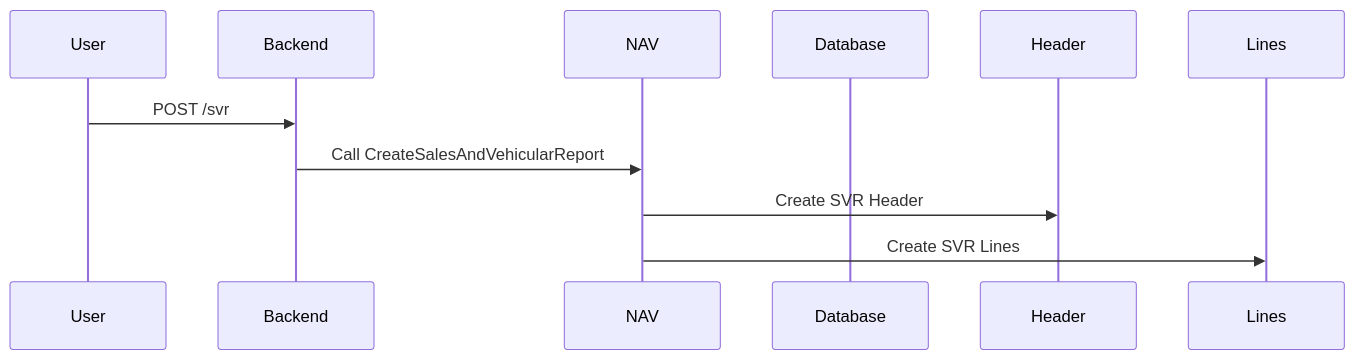
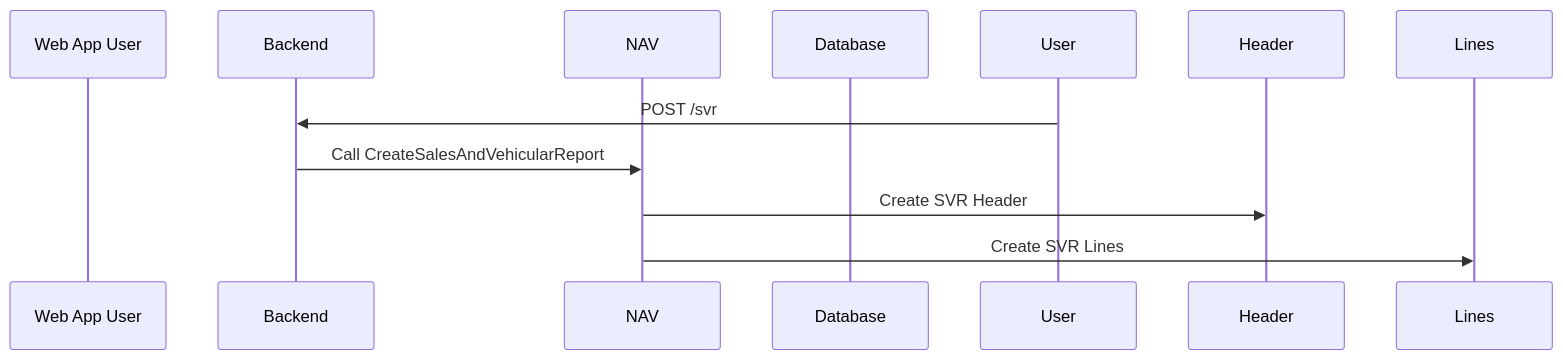
The diagram in seq_nav_svr.mmd (mincerray1/flows), drawn with Mermaid before and after one commit.

```diff
--- a/seq_nav_svr.mmd
+++ b/seq_nav_svr.mmd
@@ -1,10 +1,10 @@
 sequenceDiagram
-    participant User
+    participant Web App User
     participant Backend
     participant NAV
     participant Database
 
     User->>Backend: POST /svr
     Backend->>NAV: Call CreateSalesAndVehicularReport
     NAV->>Header: Create SVR Header
     NAV->>Lines: Create SVR Lines
```
